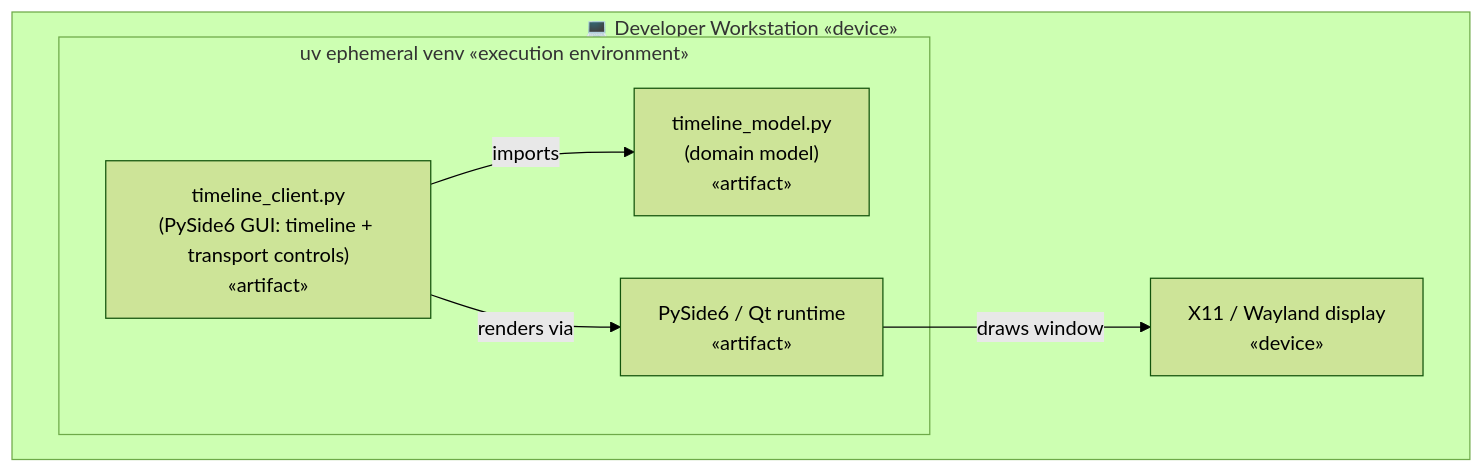
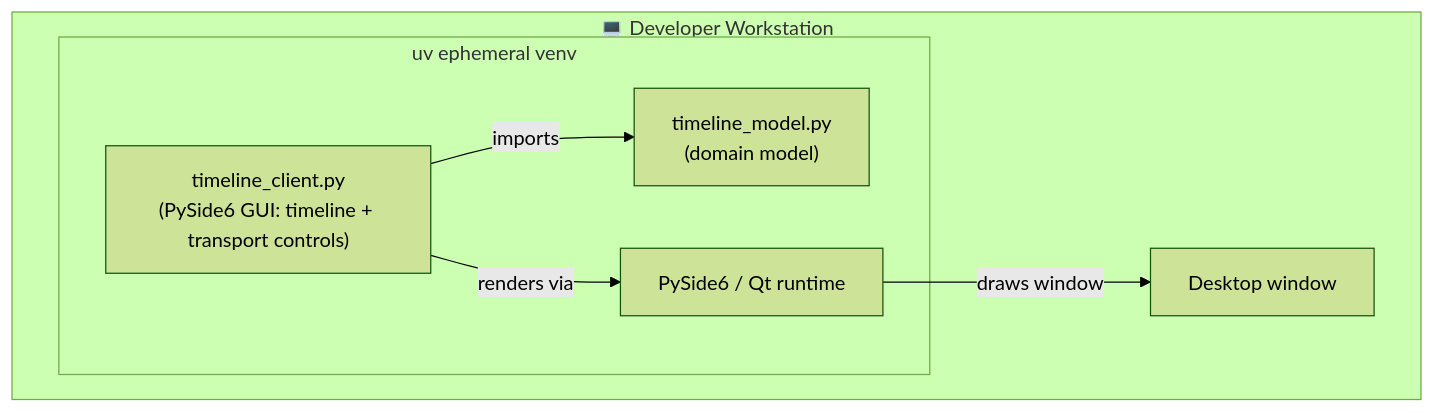
The first of 6 diagrams in README.md (thomanil/tech-sandbox), drawn with Mermaid (forest theme) before and after one commit. The commit also changed other lines of this file, not shown here.

````diff
--- a/README.md
+++ b/README.md
@@ -88,15 +88,15 @@
 ```mermaid
 flowchart TB
-  subgraph dev["💻 Developer Workstation &laquo;device&raquo;"]
-    subgraph uv["uv ephemeral venv &laquo;execution environment&raquo;"]
-      app["timeline_client.py<br/>(PySide6 GUI: timeline + transport controls)<br/>&laquo;artifact&raquo;"]
-      model["timeline_model.py<br/>(domain model)<br/>&laquo;artifact&raquo;"]
-      qt["PySide6 / Qt runtime<br/>&laquo;artifact&raquo;"]
+  subgraph dev["💻 Developer Workstation"]
+    subgraph uv["uv ephemeral venv"]
+      app["timeline_client.py<br/>(PySide6 GUI: timeline + transport controls)"]
+      model["timeline_model.py<br/>(domain model)"]
+      qt["PySide6 / Qt runtime"]
     end
-    display["X11 / Wayland display<br/>&laquo;device&raquo;"]
+    display["Desktop window"]
   end
 
   app -->|imports| model
   app -->|renders via| qt
   qt -->|draws window| display
 ```
````
